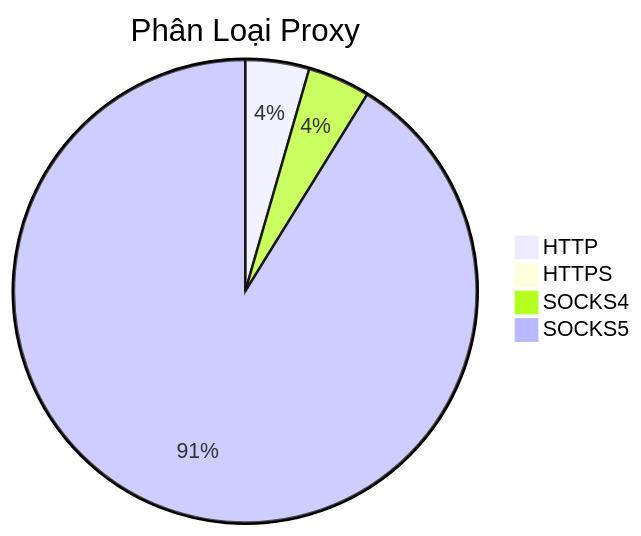
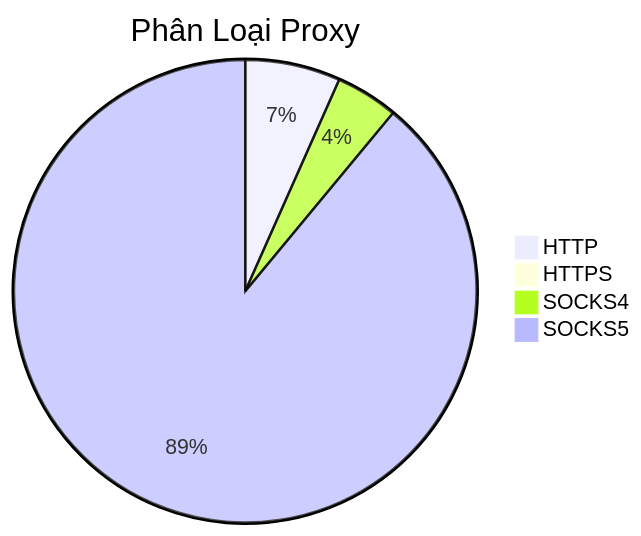
The diagram in README.md (Ciara-Aa/PROXY-free), drawn with Mermaid before and after one commit. The commit also changed other lines of this file and 4 other files, not shown here.

````diff
--- a/README.md
+++ b/README.md
@@ -26,7 +26,7 @@
 ```mermaid
 pie title Phân Loại Proxy
-    "HTTP" : 401
-    "HTTPS" : 3
-    "SOCKS4" : 393
-    "SOCKS5" : 8198
+    "HTTP" : 521
+    "HTTPS" : 1
+    "SOCKS4" : 342
+    "SOCKS5" : 6970
 ```
````
